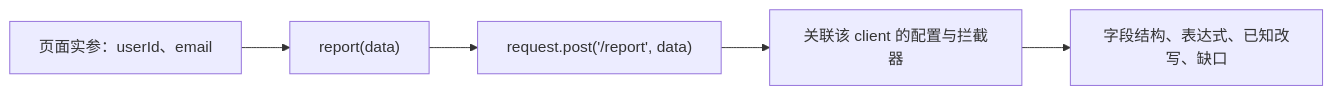
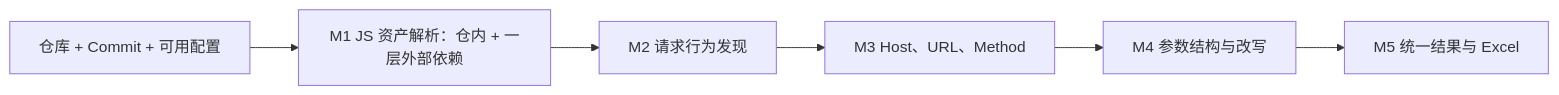
Before and after one commit to luohaijiang789/js-security: the diagram in docs/白盒方案.md, drawn with Mermaid. The commit also changed other lines of this file and 12 other files, not shown here.

````diff
--- a/docs/白盒方案.md
+++ b/docs/白盒方案.md
@@ -96,7 +9,8 @@
 ```mermaid
 flowchart LR
-    A["页面实参：userId、email"] --> B["report(data)"]
-    B --> C["request.post('/report', data)"]
-    C --> D["关联该 client 的配置与拦截器"]
-    D --> E["字段结构、表达式、已知改写、缺口"]
+    R["仓库 + Commit + 可用配置"] --> A["M1 JS 资产解析：仓内 + 一层外部依赖"]
+    A --> B["M2 请求行为发现"]
+    B --> C["M3 Host、URL、Method"]
+    C --> D["M4 参数结构与改写"]
+    D --> E["M5 统一结果与 Excel"]
 ```
````
